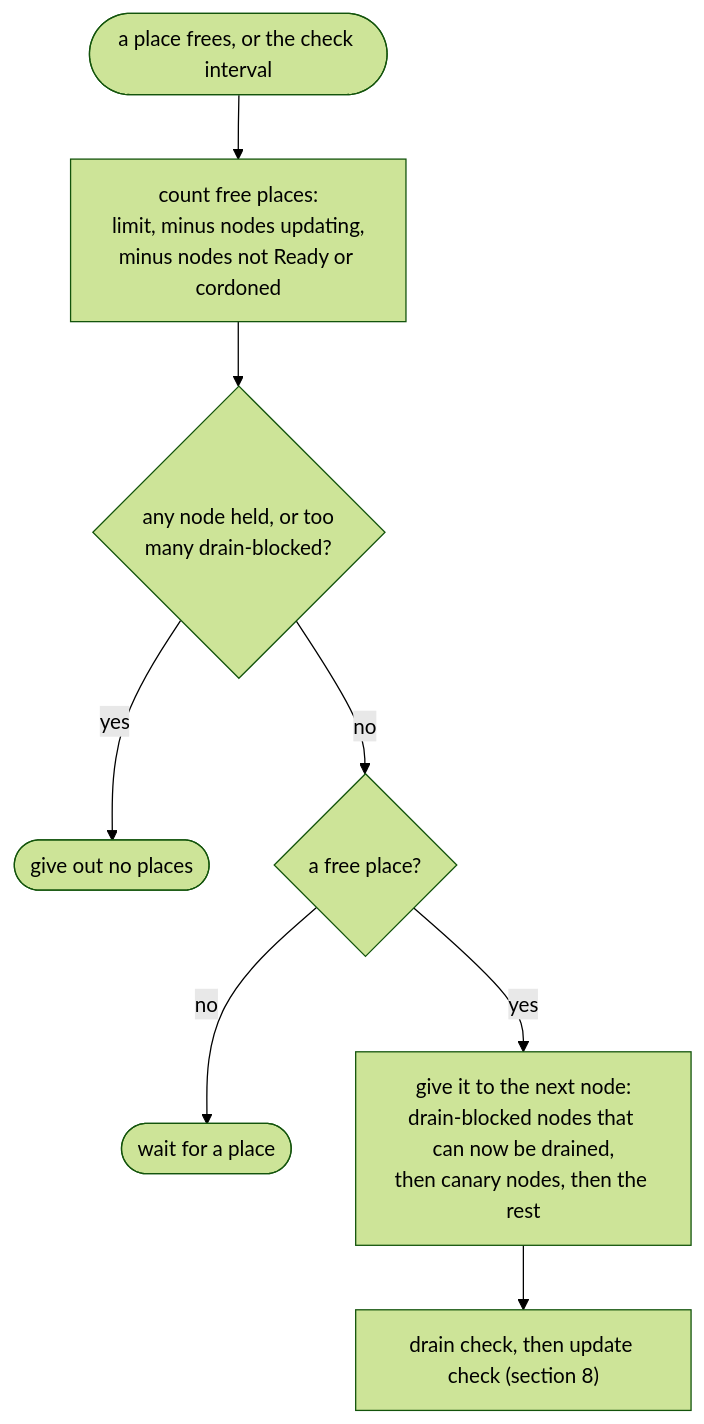
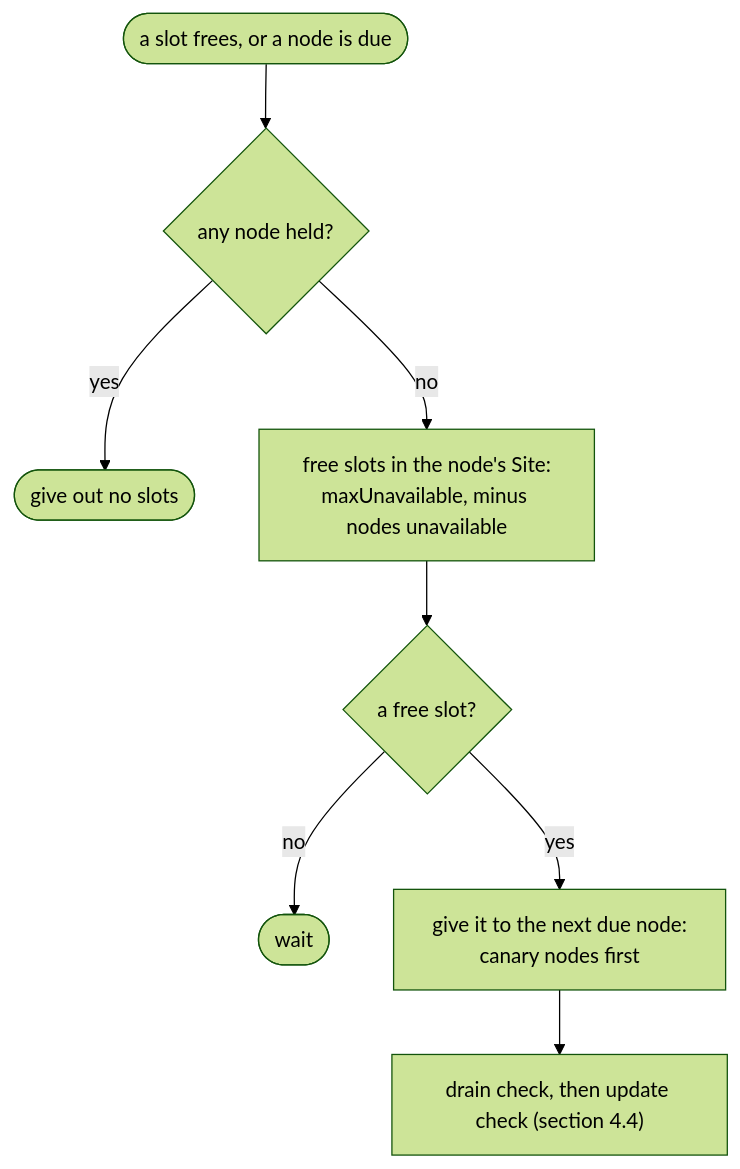
One commit to Azure/unbounded changed the second of 4 diagrams in designs/unbounded-acl-update.md. Above: the diagram before and after it, drawn with Mermaid (forest theme). The commit also changed other lines of this file, not shown here.

````diff
--- a/designs/unbounded-acl-update.md
+++ b/designs/unbounded-acl-update.md
@@ -347,10 +178,10 @@
 ```mermaid
 flowchart TB
-    Start(["a place frees, or the check interval"]) --> Count["count free places:<br/>limit, minus nodes updating,<br/>minus nodes not Ready or cordoned"]
-    Count --> Stop{"any node held, or too<br/>many drain-blocked?"}
-    Stop -->|yes| Wait(["give out no places"])
-    Stop -->|no| Free{"a free place?"}
-    Free -->|no| Wait2(["wait for a place"])
-    Free -->|yes| Pick["give it to the next node:<br/>drain-blocked nodes that can now be drained,<br/>then canary nodes, then the rest"]
-    Pick --> Check["drain check, then update check (section 8)"]
+    Start(["a slot frees, or a node is due"]) --> Held{"any node held?"}
+    Held -->|yes| Wait(["give out no slots"])
+    Held -->|no| Count["free slots in the node's Site:<br/>maxUnavailable, minus nodes unavailable"]
+    Count --> Free{"a free slot?"}
+    Free -->|no| Wait2(["wait"])
+    Free -->|yes| Pick["give it to the next due node:<br/>canary nodes first"]
+    Pick --> Check["drain check, then update check (section 4.4)"]
 ```
````
